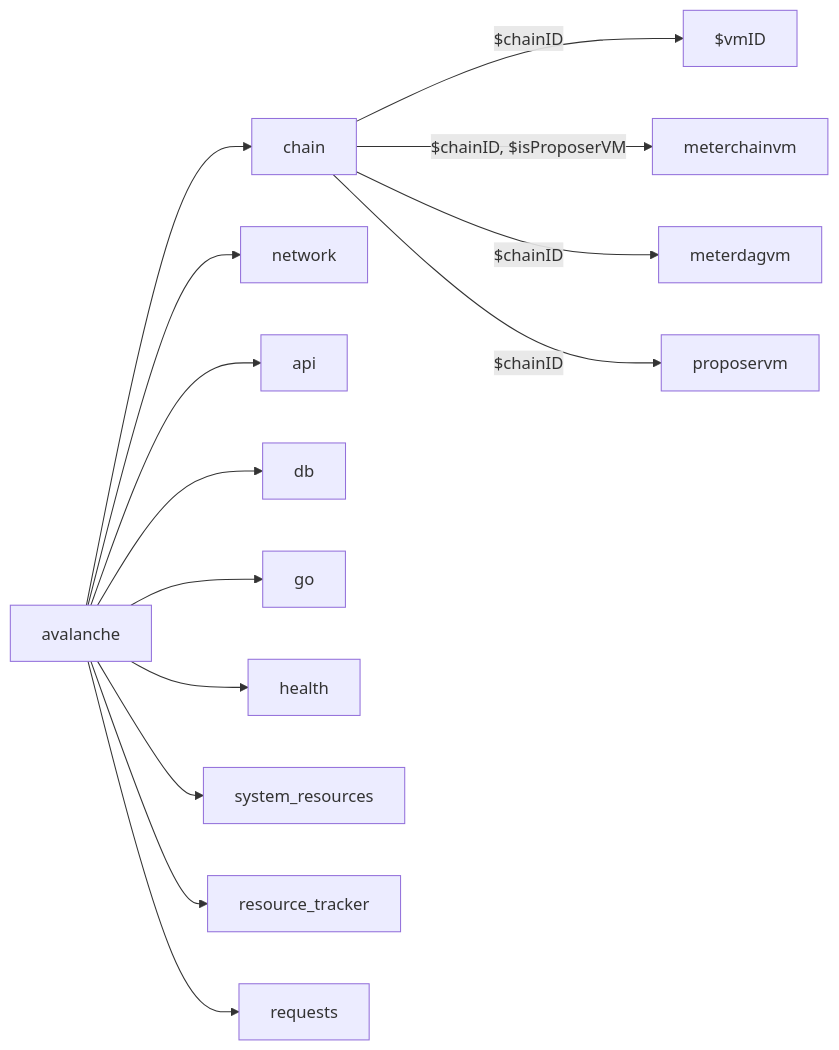
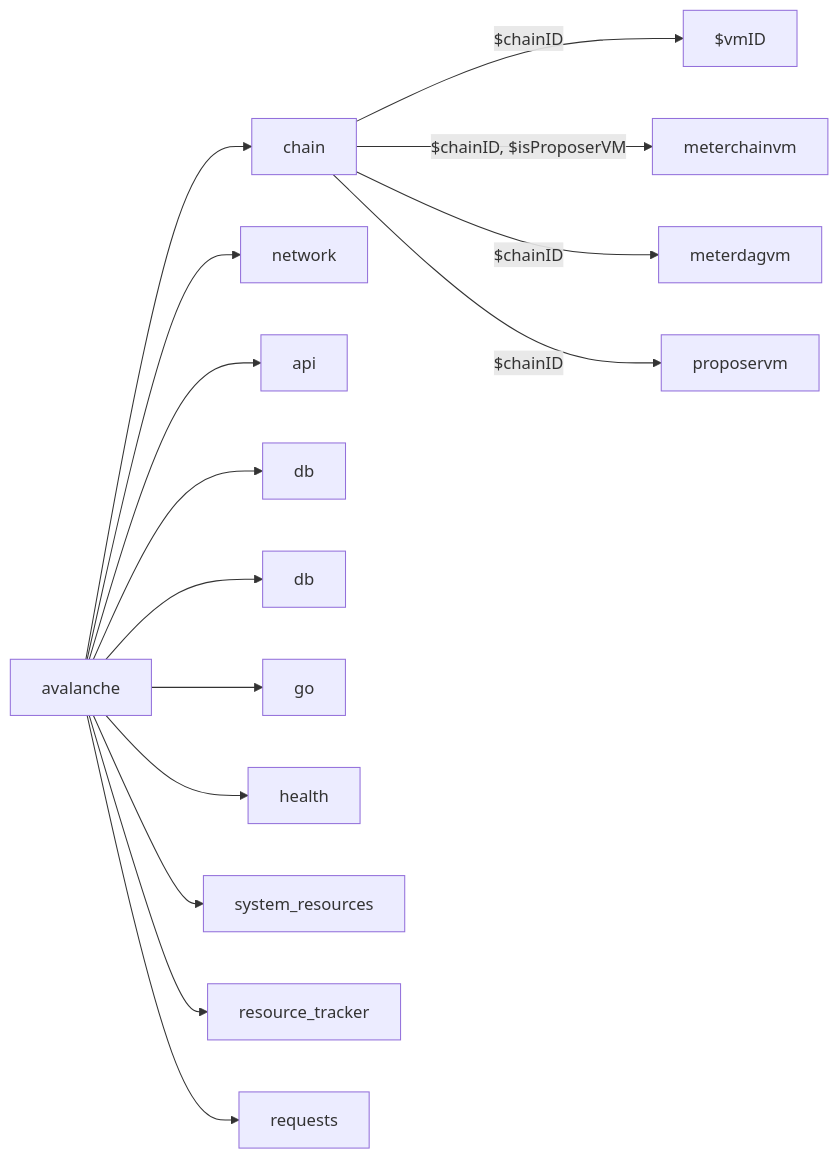
One commit to ava-labs/avalanchego changed the diagram in api/metrics/README.md. Above: the diagram before and after it, drawn with Mermaid. The commit also changed 8 other files, not shown here.

````diff
--- a/api/metrics/README.md
+++ b/api/metrics/README.md
@@ -3,16 +3,17 @@
 ```mermaid
 graph LR
     A[avalanche] --> B[chain]
     A --> C[network]
     A --> D[api]
     A --> E[db]
-    A --> F[go]
-    A --> G[health]
-    A --> H[system_resources]
-    A --> I[resource_tracker]
-    A --> J[requests]
-    B -- $chainID --> K[$vmID]
-    B -- $chainID, $isProposerVM --> L[meterchainvm]
-    B -- $chainID --> M[meterdagvm]
-    B -- $chainID --> N[proposervm]
+    A --> F[db]
+    A --> G[go]
+    A --> H[health]
+    A --> I[system_resources]
+    A --> J[resource_tracker]
+    A --> K[requests]
+    B -- $chainID --> L[$vmID]
+    B -- $chainID, $isProposerVM --> M[meterchainvm]
+    B -- $chainID --> N[meterdagvm]
+    B -- $chainID --> O[proposervm]
 ```
````
